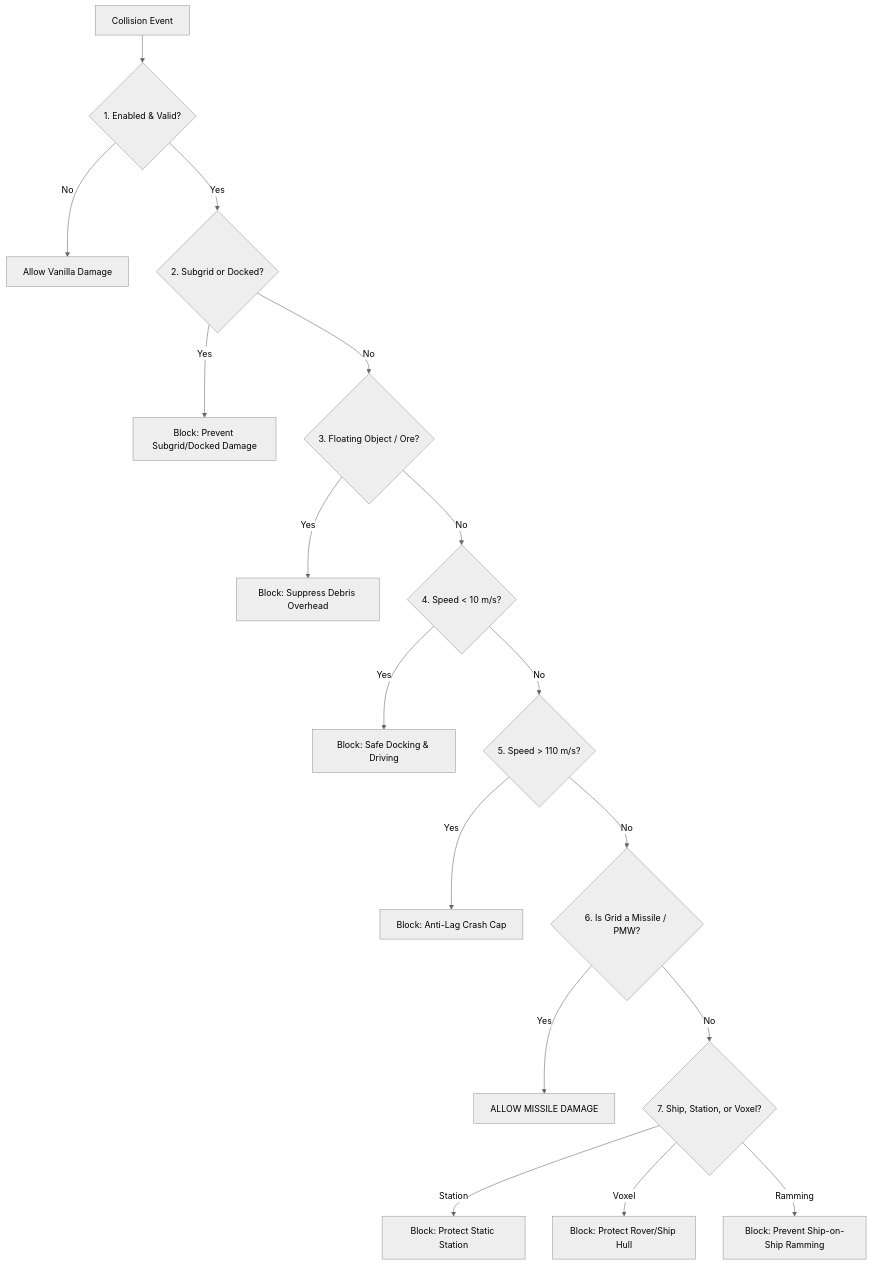
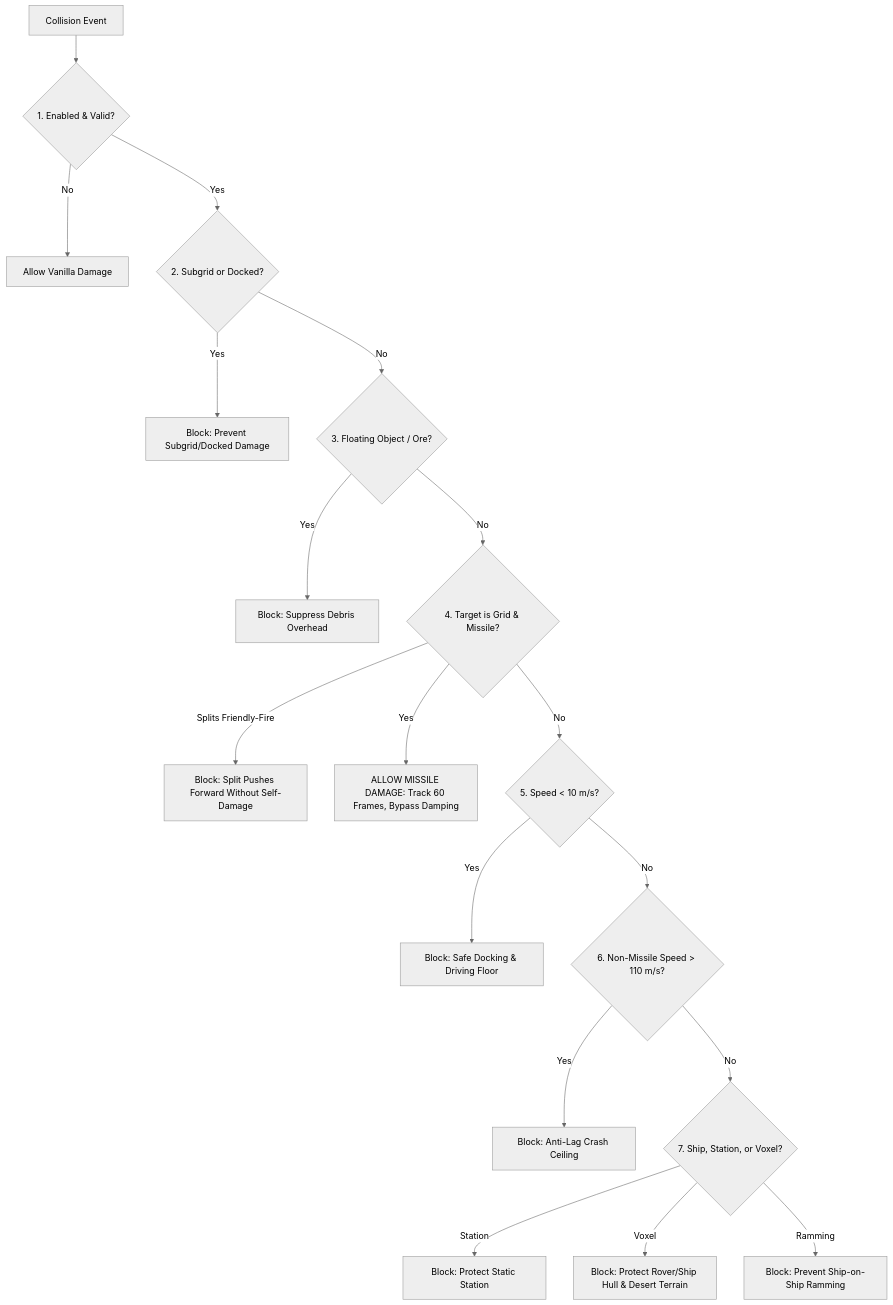
One commit to GV-Server-Mods/GridDefender changed the second of 2 diagrams in README.md. Above: the diagram before and after it, drawn with Mermaid (neutral theme). The commit also changed other lines of this file and 9 other files, not shown here.

First line of the commit message:
Enhance missile logic & voxel protection, expand telemetry

````diff
--- a/README.md
+++ b/README.md
@@ -72,25 +126,26 @@
 ```mermaid
 flowchart TD
     A[Collision Event] --> S1{1. Enabled & Valid?}
     S1 -- No --> Vanilla[Allow Vanilla Damage]
     S1 -- Yes --> S2{2. Subgrid or Docked?}
     
     S2 -- Yes --> Block1[Block: Prevent Subgrid/Docked Damage]
     S2 -- No --> S3{3. Floating Object / Ore?}
     
     S3 -- Yes --> Block2[Block: Suppress Debris Overhead]
-    S3 -- No --> S4{4. Speed < 10 m/s?}
+    S3 -- No --> S4{4. Target is Grid & Missile?}
     
-    S4 -- Yes --> Block3[Block: Safe Docking & Driving]
-    S4 -- No --> S5{5. Speed > 110 m/s?}
+    S4 -- Splits Friendly-Fire --> Block3[Block: Split Pushes Forward Without Self-Damage]
+    S4 -- Yes --> AllowMissile[ALLOW MISSILE DAMAGE: Track 60 Frames, Bypass Damping]
+    S4 -- No --> S5{5. Speed < 10 m/s?}
     
-    S5 -- Yes --> Block4[Block: Anti-Lag Crash Cap]
-    S5 -- No --> S6{6. Is Grid a Missile / PMW?}
+    S5 -- Yes --> Block4[Block: Safe Docking & Driving Floor]
+    S5 -- No --> S6{6. Non-Missile Speed > 110 m/s?}
     
-    S6 -- Yes --> AllowMissile[ALLOW MISSILE DAMAGE]
+    S6 -- Yes --> Block5[Block: Anti-Lag Crash Ceiling]
     S6 -- No --> S7{7. Ship, Station, or Voxel?}
     
-    S7 -- Station --> Block5[Block: Protect Static Station]
-    S7 -- Voxel --> Block6[Block: Protect Rover/Ship Hull]
-    S7 -- Ramming --> Block7[Block: Prevent Ship-on-Ship Ramming]
+    S7 -- Station --> Block6[Block: Protect Static Station]
+    S7 -- Voxel --> Block7[Block: Protect Rover/Ship Hull & Desert Terrain]
+    S7 -- Ramming --> Block8[Block: Prevent Ship-on-Ship Ramming]
 ```
````
